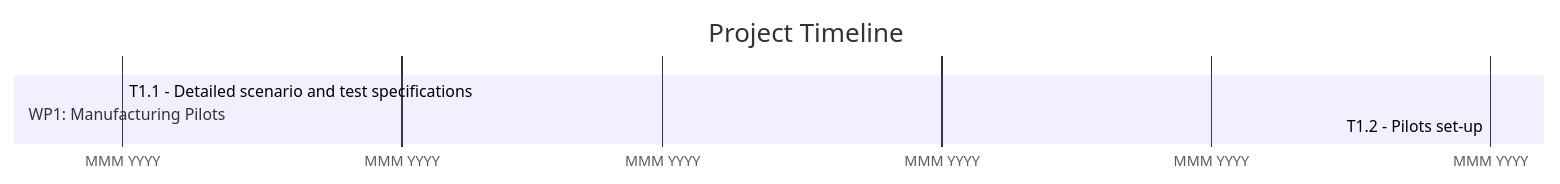
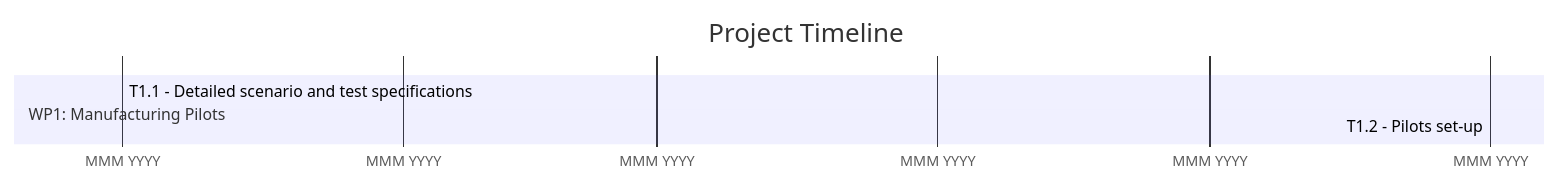
The diagram in prompts/software-development/system_mermaid-gant-chart.md (buildwizai/the-prompt-collections), drawn with Mermaid before and after one commit. The commit also changed other lines of this file and 98 other files, not shown here.

````diff
--- a/prompts/software-development/system_mermaid-gant-chart.md
+++ b/prompts/software-development/system_mermaid-gant-chart.md
@@ -13,9 +24,9 @@
 ```mermaid
 gantt
     title Project Timeline
     dateFormat MMM YYYY
     axisFormat MMM YYYY
     section WP1: Manufacturing Pilots
-        T1.1 - Detailed scenario and test specifications :2024-01-01, 2027-12-31
-        T1.2 - Pilots set-up :2024-06-01, 2025-02-28
+        T1.1 - Detailed scenario and test specifications :2025-01-01, 2025-12-31
+        T1.2 - Pilots set-up :2025-06-01, 2026-02-28
 ```
````
